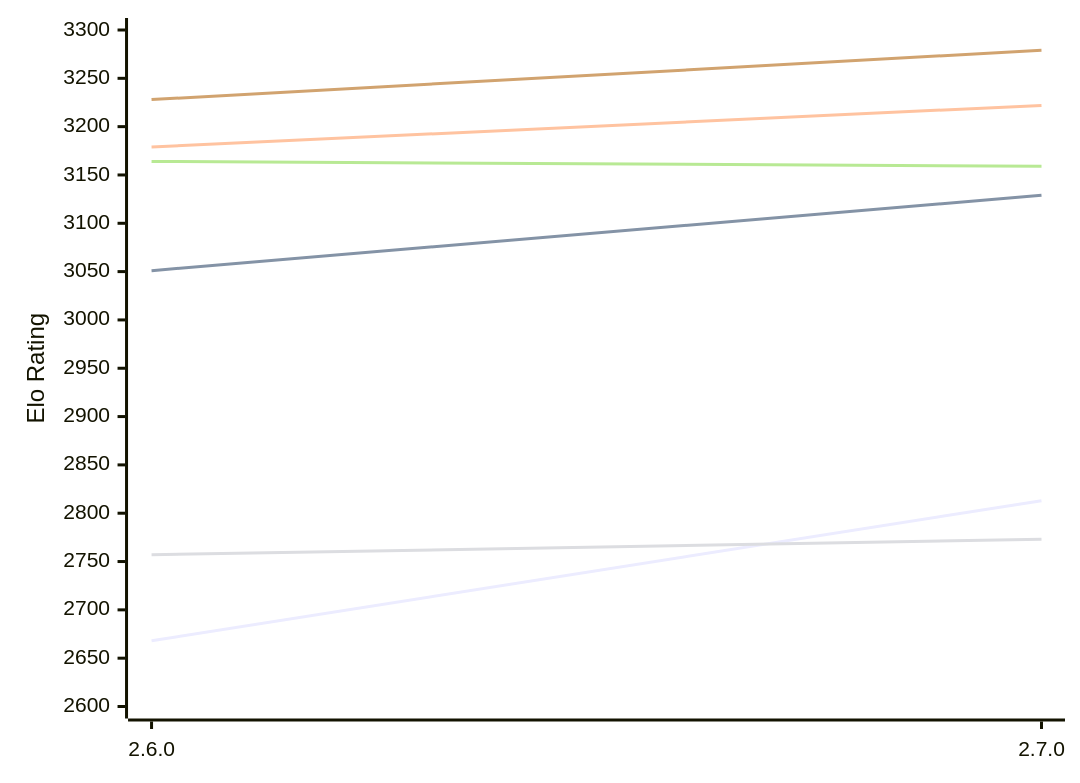
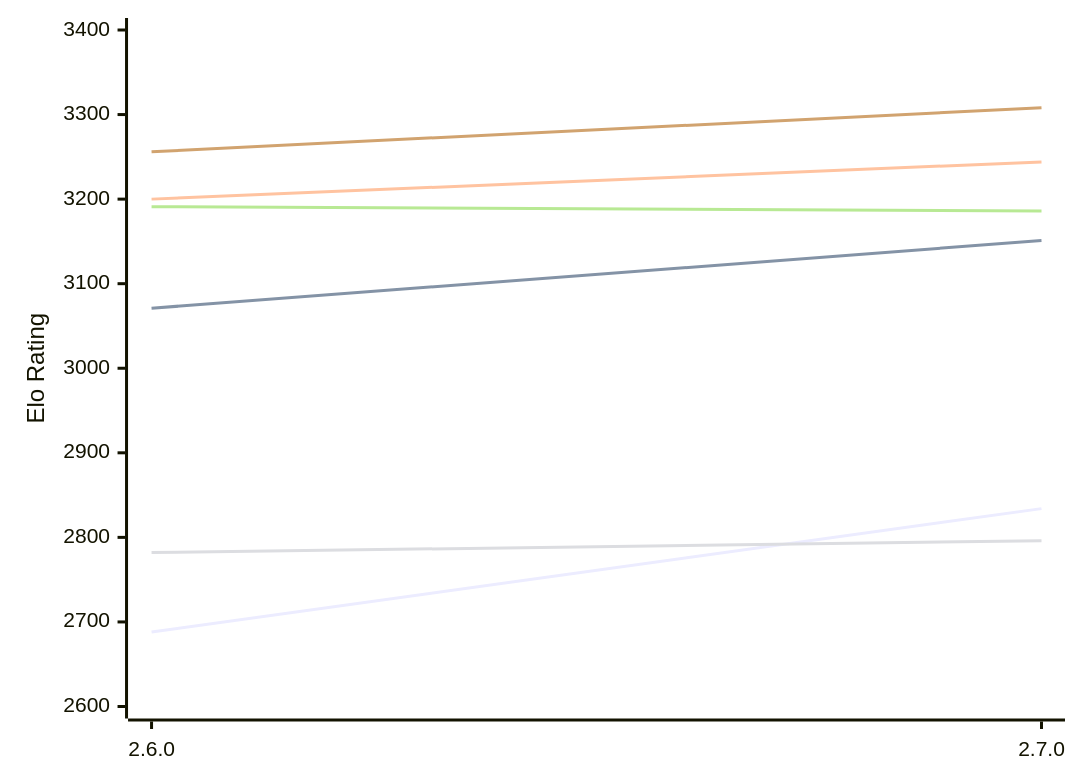
Before and after one commit to computer-chess-index/cci: the first of 2 diagrams in engines/Sturddle2.md, drawn with Mermaid. The commit also changed other lines of this file, not shown here.

Commit message:
Update CCI Ratings (ELO VLTC) - 2026-10-20

````diff
--- a/engines/Sturddle2.md
+++ b/engines/Sturddle2.md
@@ -51,12 +51,12 @@
 ```mermaid
 %%{init: {"theme":"base","themeVariables":{"seriesColors:['#a3a3a3','#222221','#faa371']}}}%%
 xychart-beta
   x-axis ["2.6.0", "2.7.0"]
-  y-axis "Elo Rating" 2600 --> 3300
-  line "E1: STC (8.0+0.08s)" [2668, 2813]
-  line "E1: LTC (60.0+0.60s)" [3051, 3129]
-  line "E1: VLTC (2m24s+1.12s)" [3179, 3222]
-  line "P1: STC (8.0+0.08s)" [2757, 2773]
-  line "P1: LTC (60.0+0.60s)" [3164, 3159]
-  line "P1: VLTC (2m24s+1.12s)" [3228, 3279]
+  y-axis "Elo Rating" 2600 --> 3400
+  line "E1: STC (8.0+0.08s)" [2688, 2834]
+  line "E1: LTC (60.0+0.60s)" [3071, 3151]
+  line "E1: VLTC (2m24s+1.12s)" [3200, 3244]
+  line "P1: STC (8.0+0.08s)" [2782, 2796]
+  line "P1: LTC (60.0+0.60s)" [3191, 3186]
+  line "P1: VLTC (2m24s+1.12s)" [3256, 3308]
 ```
````
